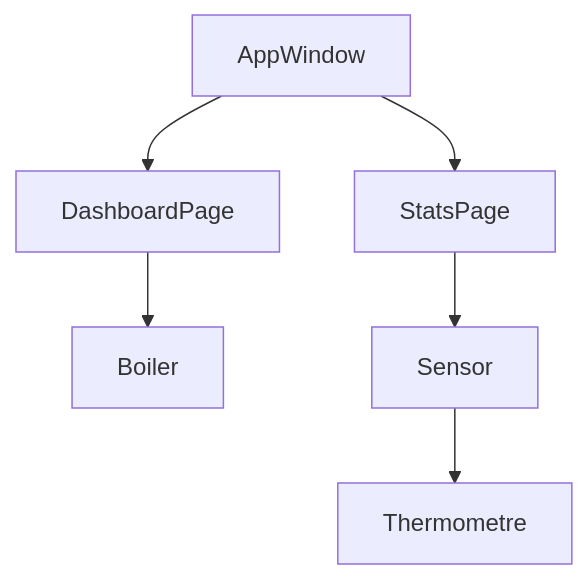
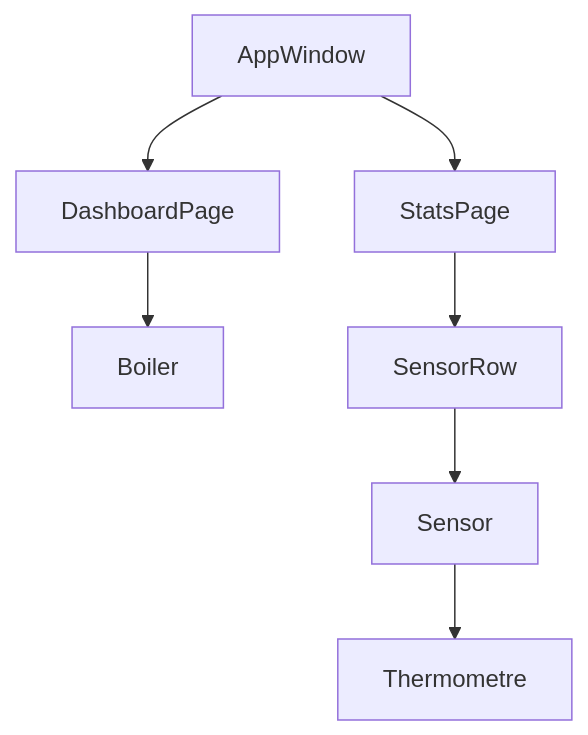
The diagram in SLINT_UI.md (guycorbaz/boilert), drawn with Mermaid before and after one commit. The commit also changed other lines of this file and 17 other files, not shown here.

````diff
--- a/SLINT_UI.md
+++ b/SLINT_UI.md
@@ -11,8 +11,9 @@
 ```mermaid
 graph TD
     AW[AppWindow] --> DP[DashboardPage]
     AW --> SP[StatsPage]
     DP --> B[Boiler]
-    SP --> S[Sensor]
+    SP --> SR[SensorRow]
+    SR --> S[Sensor]
     S --> T[Thermometre]
 ```
````
